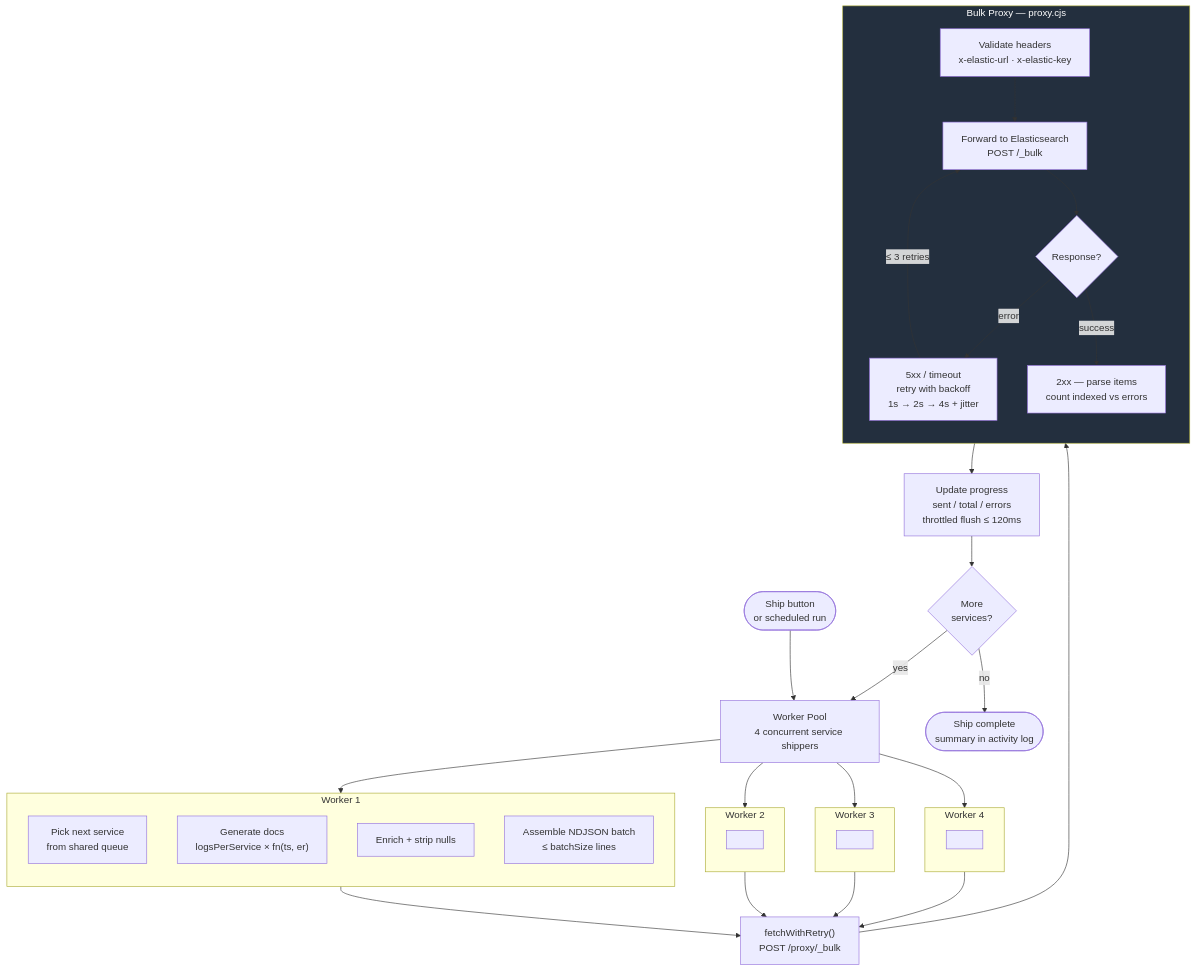
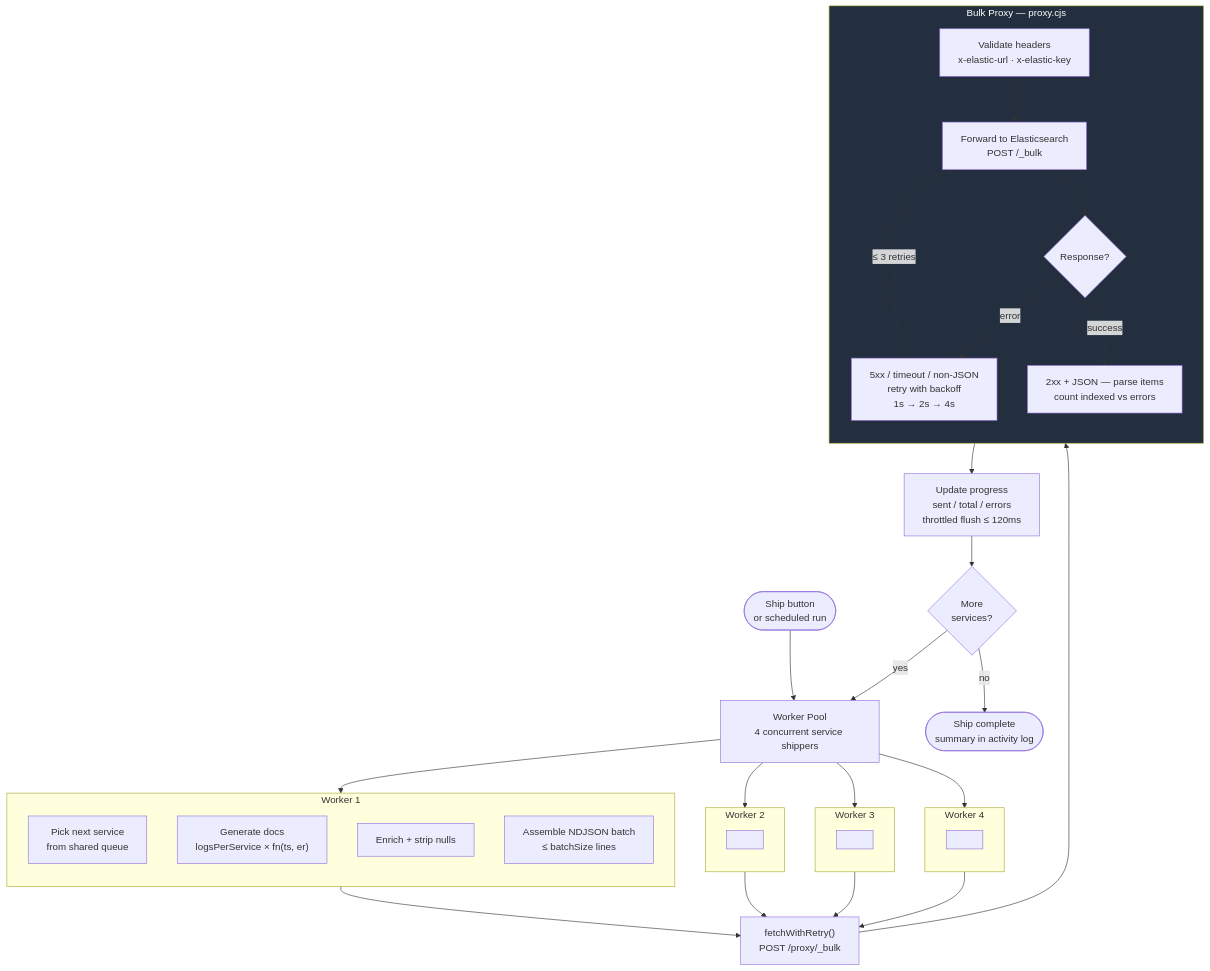
One commit to rkernutt/cloud-to-elastic-load-generator changed the seventh of 14 diagrams in docs/diagrams.md. Above: the diagram before and after it, drawn with Mermaid. The commit also changed other lines of this file and 1112 other files, not shown here.

````diff
--- a/docs/diagrams.md
+++ b/docs/diagrams.md
@@ -456,57 +442,57 @@
 ```mermaid
 flowchart TD
     START(["Ship button\nor scheduled run"]) --> POOL
 
     POOL["Worker Pool\n4 concurrent service shippers"]
     POOL --> W1 & W2 & W3 & W4
 
     subgraph W1["Worker 1"]
         direction TB
         WA1["Pick next service\nfrom shared queue"]
         WB1["Generate docs\nlogsPerService × fn(ts, er)"]
         WC1["Enrich + strip nulls"]
         WD1["Assemble NDJSON batch\n≤ batchSize lines"]
     end
 
     subgraph W2["Worker 2"]
         direction TB
         WA2[" "]
     end
 
     subgraph W3["Worker 3"]
         direction TB
         WA3[" "]
     end
 
     subgraph W4["Worker 4"]
         direction TB
         WA4[" "]
     end
 
     W1 & W2 & W3 & W4 --> FETCH
 
     FETCH["fetchWithRetry()\nPOST /proxy/_bulk"]
     FETCH --> PROXY
 
     subgraph PROXY["Bulk Proxy — proxy.cjs"]
         direction TB
         P1["Validate headers\nx-elastic-url · x-elastic-key"]
         P2["Forward to Elasticsearch\nPOST /_bulk"]
         P3{"Response?"}
-        P4["5xx / timeout\nretry with backoff\n1s → 2s → 4s + jitter"]
-        P5["2xx — parse items\ncount indexed vs errors"]
+        P4["5xx / timeout / non-JSON\nretry with backoff\n1s → 2s → 4s"]
+        P5["2xx + JSON — parse items\ncount indexed vs errors"]
         P3 -->|"error"| P4 -->|"≤ 3 retries"| P2
         P3 -->|"success"| P5
     end
 
     P1 --> P2 --> P3
 
     P5 --> PROGRESS
 
     PROGRESS["Update progress\nsent / total / errors\nthrottled flush ≤ 120ms"]
     PROGRESS --> NEXT{"More\nservices?"}
     NEXT -->|"yes"| POOL
     NEXT -->|"no"| DONE(["Ship complete\nsummary in activity log"])
 
     style PROXY fill:#232F3E,color:#fff
 ```
````
